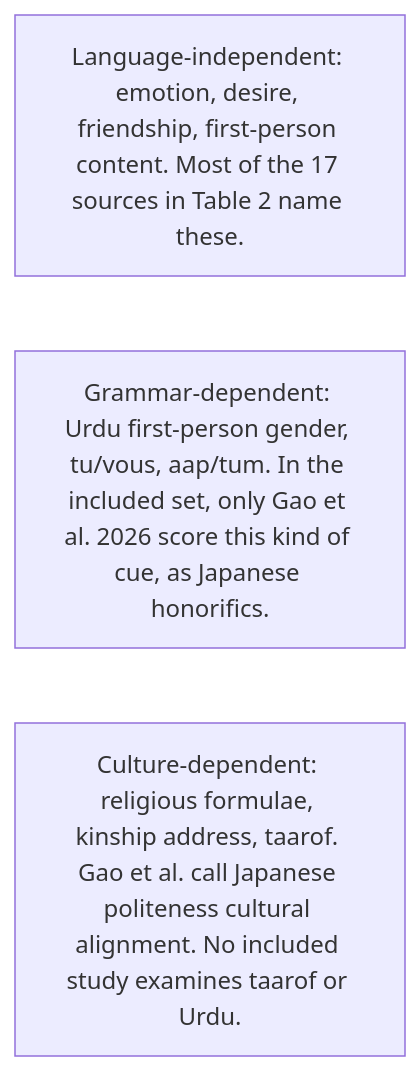
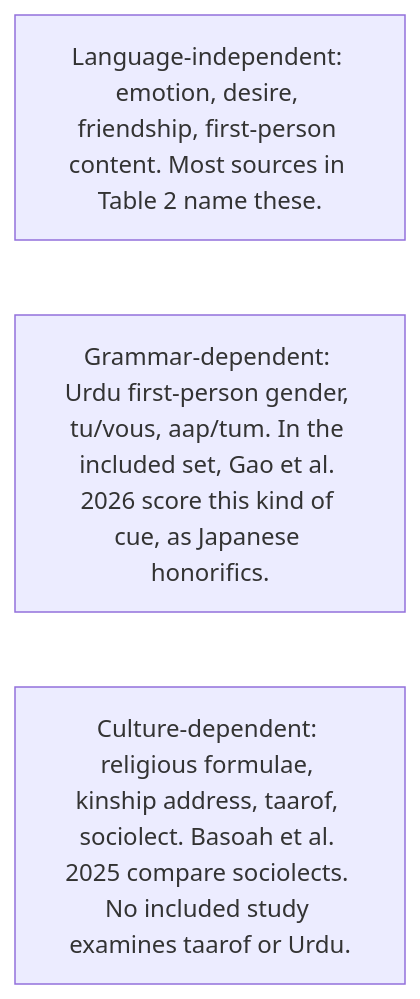
One commit to toobajatoi/ResearchPaper changed the second of 2 diagrams in SCOPING_REVIEW/HMC_submission_draft.md. Above: the diagram before and after it, drawn with Mermaid. The commit also changed other lines of this file and 5 other files, not shown here.

Commit message:
Record the second screening pass as the same agent, and chart language for all 69 included studies.

````diff
--- a/SCOPING_REVIEW/HMC_submission_draft.md
+++ b/SCOPING_REVIEW/HMC_submission_draft.md
@@ -181,6 +233,6 @@
 ```mermaid
 flowchart LR
-  A["Language-independent: emotion, desire, friendship, first-person content. Most of the 17 sources in Table 2 name these."]
-  B["Grammar-dependent: Urdu first-person gender, tu/vous, aap/tum. In the included set, only Gao et al. 2026 score this kind of cue, as Japanese honorifics."]
-  C["Culture-dependent: religious formulae, kinship address, taarof. Gao et al. call Japanese politeness cultural alignment. No included study examines taarof or Urdu."]
+  A["Language-independent: emotion, desire, friendship, first-person content. Most sources in Table 2 name these."]
+  B["Grammar-dependent: Urdu first-person gender, tu/vous, aap/tum. In the included set, Gao et al. 2026 score this kind of cue, as Japanese honorifics."]
+  C["Culture-dependent: religious formulae, kinship address, taarof, sociolect. Basoah et al. 2025 compare sociolects. No included study examines taarof or Urdu."]
 ```
````
